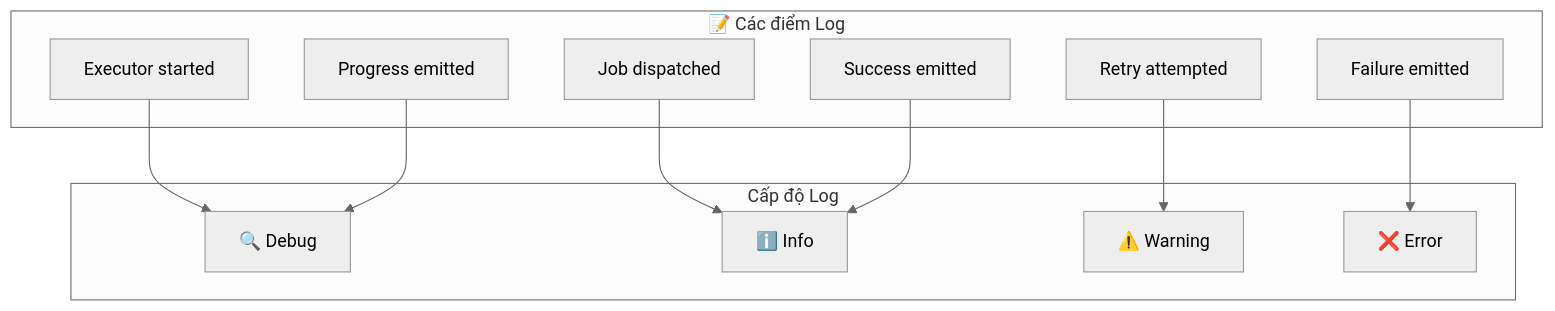
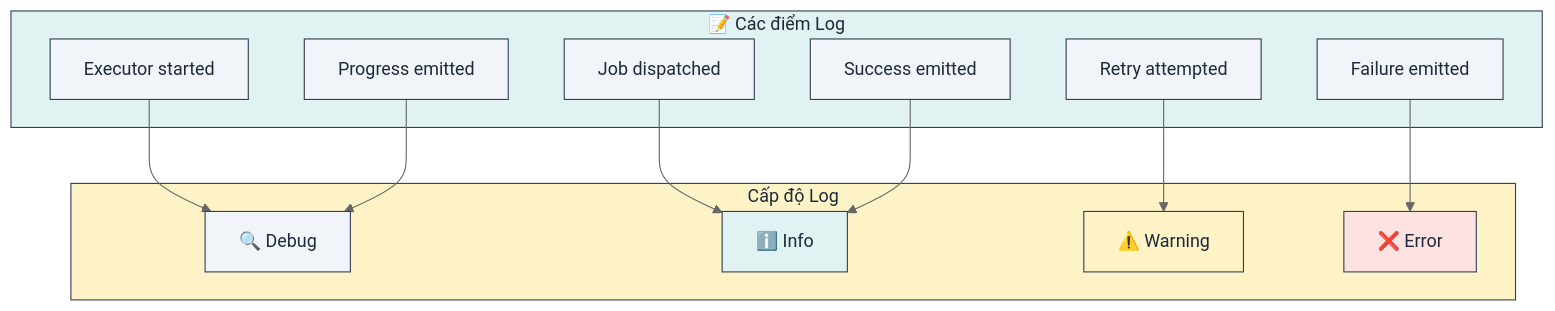
Before and after one commit to lploc94/flutter_orchestrator: diagram 12 of 16 in book/vi/chapters/05_advanced_patterns.md, drawn with Mermaid (neutral theme). The commit also changed other lines of this file and 4 other files, not shown here.

````diff
--- a/book/vi/chapters/05_advanced_patterns.md
+++ b/book/vi/chapters/05_advanced_patterns.md
@@ -278,25 +323,38 @@
 ```mermaid
 graph TB
     subgraph LogPoints["📝 Các điểm Log"]
         Dispatch["Job dispatched"]
         Start["Executor started"]
         Progress["Progress emitted"]
         Success["Success emitted"]
         Failure["Failure emitted"]
         Retry["Retry attempted"]
     end
     
     subgraph Levels["Cấp độ Log"]
         Debug["🔍 Debug"]
         Info["ℹ️ Info"]
         Warn["⚠️ Warning"]
         Error["❌ Error"]
     end
     
     Dispatch --> Info
     Start --> Debug
     Progress --> Debug
     Success --> Info
     Failure --> Error
     Retry --> Warn
+    
+    style LogPoints fill:#e0f2f1,stroke:#334155,color:#1e293b
+    style Levels fill:#fef3c7,stroke:#334155,color:#1e293b
+    style Dispatch fill:#f1f5f9,stroke:#334155,color:#1e293b
+    style Start fill:#f1f5f9,stroke:#334155,color:#1e293b
+    style Progress fill:#f1f5f9,stroke:#334155,color:#1e293b
+    style Success fill:#f1f5f9,stroke:#334155,color:#1e293b
+    style Failure fill:#f1f5f9,stroke:#334155,color:#1e293b
+    style Retry fill:#f1f5f9,stroke:#334155,color:#1e293b
+    style Debug fill:#f1f5f9,stroke:#334155,color:#1e293b
+    style Info fill:#e0f2f1,stroke:#334155,color:#1e293b
+    style Warn fill:#fef3c7,stroke:#334155,color:#1e293b
+    style Error fill:#fee2e2,stroke:#334155,color:#1e293b
 ```
````
